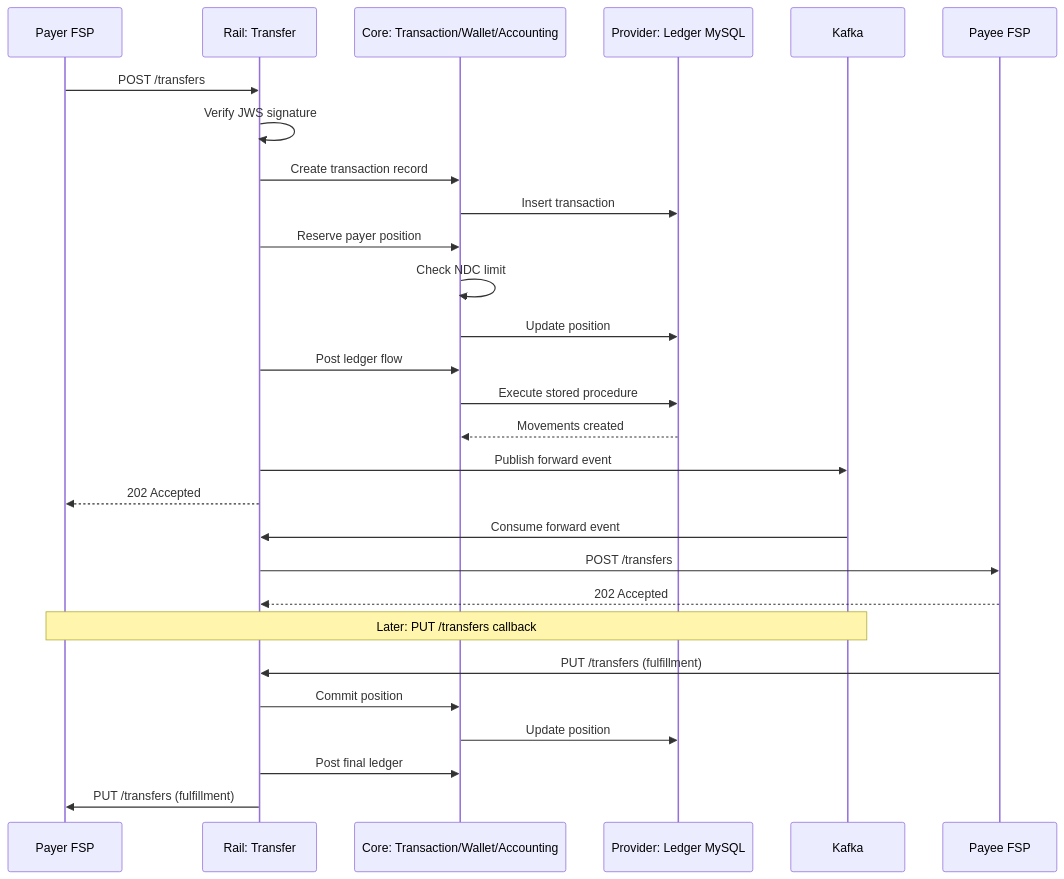
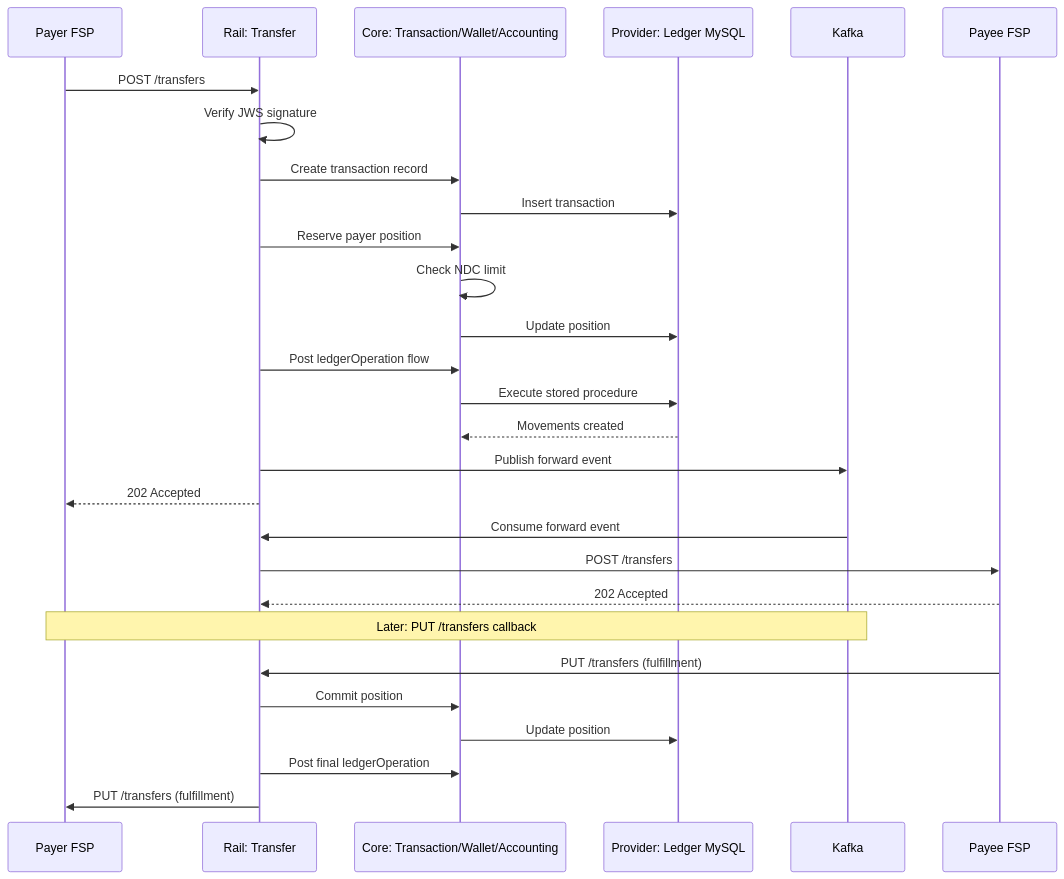
The third of 4 diagrams in docs/product/01-overview/architecture-overview.md (aungthawaye/mojave), drawn with Mermaid before and after one commit. The commit also changed other lines of this file and 342 other files, not shown here.

````diff
--- a/docs/product/01-overview/architecture-overview.md
+++ b/docs/product/01-overview/architecture-overview.md
@@ -245,33 +245,33 @@
 ```mermaid
 sequenceDiagram
     participant Payer FSP
     participant Rail as Rail: Transfer
     participant Core as Core: Transaction/Wallet/Accounting
     participant Provider as Provider: Ledger MySQL
     participant Kafka
 
     Payer FSP->>Rail: POST /transfers
     Rail->>Rail: Verify JWS signature
     Rail->>Core: Create transaction record
     Core->>Provider: Insert transaction
     Rail->>Core: Reserve payer position
     Core->>Core: Check NDC limit
     Core->>Provider: Update position
-    Rail->>Core: Post ledger flow
+    Rail->>Core: Post ledgerOperation flow
     Core->>Provider: Execute stored procedure
     Provider-->>Core: Movements created
     Rail->>Kafka: Publish forward event
     Rail-->>Payer FSP: 202 Accepted
 
     Kafka->>Rail: Consume forward event
     Rail->>Payee FSP: POST /transfers
     Payee FSP-->>Rail: 202 Accepted
 
     Note over Payer FSP,Kafka: Later: PUT /transfers callback
 
     Payee FSP->>Rail: PUT /transfers (fulfillment)
     Rail->>Core: Commit position
     Core->>Provider: Update position
-    Rail->>Core: Post final ledger
+    Rail->>Core: Post final ledgerOperation
     Rail->>Payer FSP: PUT /transfers (fulfillment)
 ```
````
